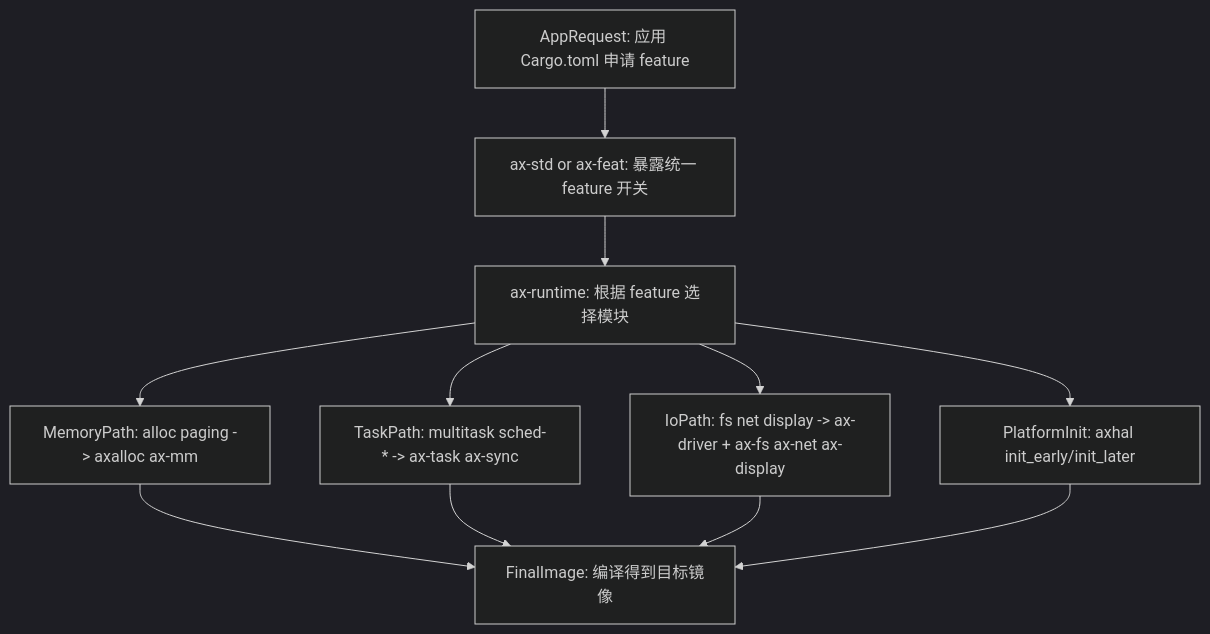
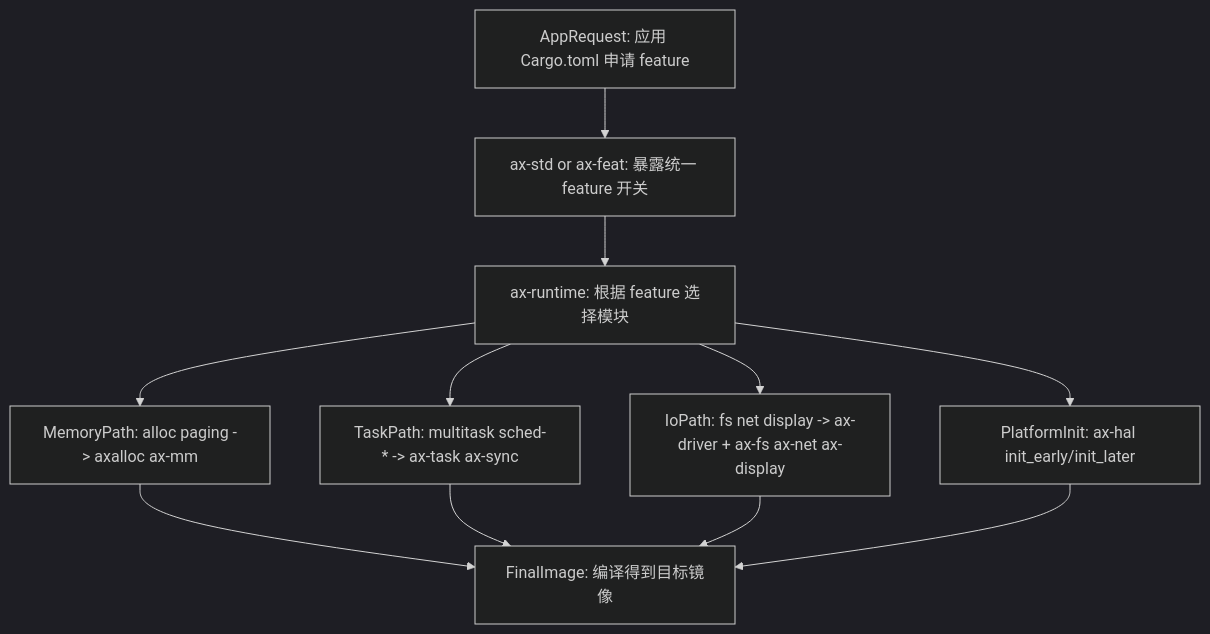
Before and after one commit to zKurisu/tgoskits: the second of 5 diagrams in docs/arceos-internals.md, drawn with Mermaid (dark theme). The commit also changed other lines of this file and 158 other files, not shown here.

Commit message:
rename axhal to ax-hal

````diff
--- a/docs/arceos-internals.md
+++ b/docs/arceos-internals.md
@@ -122,22 +122,22 @@
 ```mermaid
 flowchart TD
     appRequest["AppRequest: 应用 Cargo.toml 申请 feature"]
     axstdAxfeat["ax-std or ax-feat: 暴露统一 feature 开关"]
     runtimeGate["ax-runtime: 根据 feature 选择模块"]
     memPath["MemoryPath: alloc paging -> axalloc ax-mm"]
     taskPath["TaskPath: multitask sched-* -> ax-task ax-sync"]
     ioPath["IoPath: fs net display -> ax-driver + ax-fs ax-net ax-display"]
-    platformInit["PlatformInit: axhal init_early/init_later"]
+    platformInit["PlatformInit: ax-hal init_early/init_later"]
     finalImage["FinalImage: 编译得到目标镜像"]
 
     appRequest --> axstdAxfeat
     axstdAxfeat --> runtimeGate
     runtimeGate --> memPath
     runtimeGate --> taskPath
     runtimeGate --> ioPath
     runtimeGate --> platformInit
     memPath --> finalImage
     taskPath --> finalImage
     ioPath --> finalImage
     platformInit --> finalImage
 ```
````
